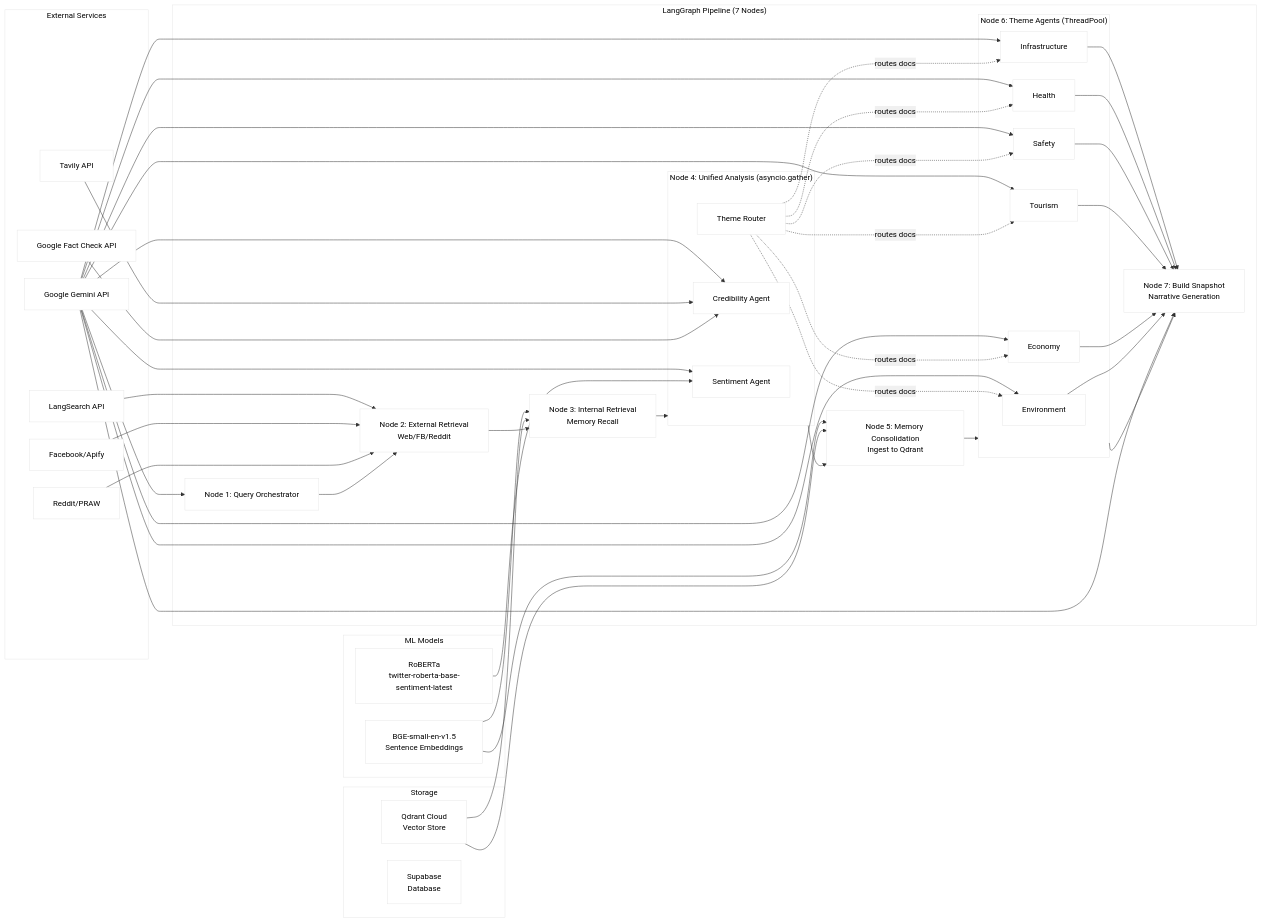
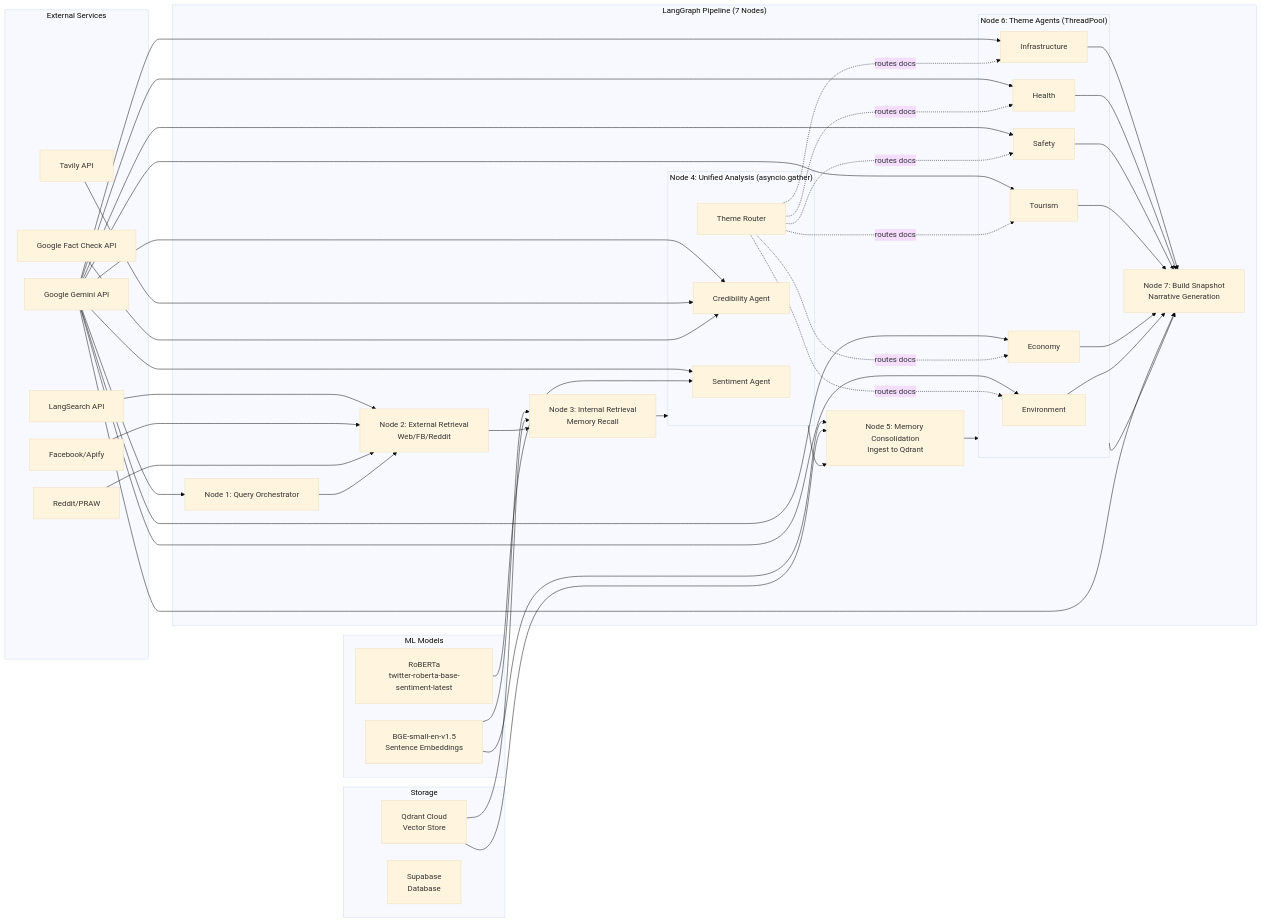
The third of 8 diagrams in docs/ARCHITECTURE.md (donyelqt/Hinaing), drawn with Mermaid before and after one commit. The commit also changed other lines of this file, not shown here.

First line of the commit message:
docs(architecture): simplify Mermaid diagram theme configurations

````diff
--- a/docs/ARCHITECTURE.md
+++ b/docs/ARCHITECTURE.md
@@ -315,16 +297,12 @@
 ```mermaid
 %%{init: {'theme': 'base', 'themeVariables': { 
-  'primaryColor': '#ffffff',
-  'primaryTextColor': '#000000',
-  'secondaryColor': '#f0f0f0',
   'primaryFontSize': '16px',
-  'secondaryFontSize': '13px',
-  'lineColor': '#333333'
-}, 'flowchart': {
+  'secondaryFontSize': '13px'
+ }, 'flowchart': {
   'padding': 20,
   'nodeSpacing': 35,
   'rankSpacing': 50
-}}}%%
+ }}}%%
 graph LR
     subgraph External["External Services"]
         LS[LangSearch API]
````
